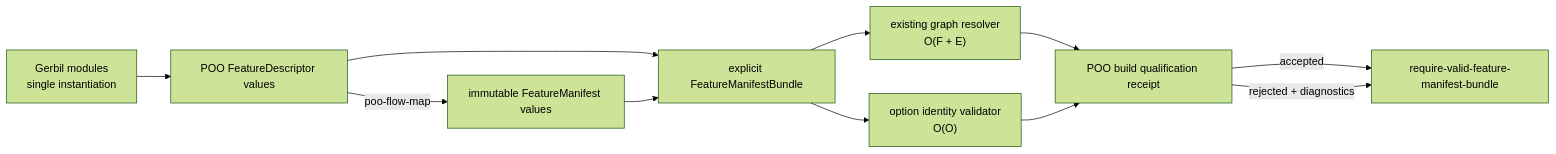
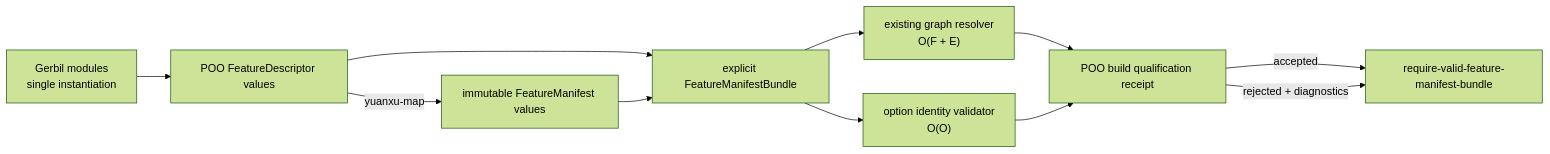
The first of 4 diagrams in module-system/design/137-immutable-feature-manifest-bundles.org (tao3k/gebril-yuanxu), drawn with Mermaid (forest theme) before and after one commit. The commit also changed other lines of this file and 994 other files, not shown here.

```diff
--- a/module-system/design/137-immutable-feature-manifest-bundles.org
+++ b/module-system/design/137-immutable-feature-manifest-bundles.org
@@ -84,22 +84,22 @@
 #+begin_src mermaid
 flowchart LR
     GM["Gerbil modules<br/>single instantiation"]
     FD["POO FeatureDescriptor values"]
     FM["immutable FeatureManifest values"]
     FB["explicit FeatureManifestBundle"]
     GR["existing graph resolver<br/>O(F + E)"]
     OV["option identity validator<br/>O(O)"]
     BR["POO build qualification receipt"]
     BG["require-valid-feature-manifest-bundle"]
 
     GM --> FD
-    FD -->|"poo-flow-map"| FM
+    FD -->|"yuanxu-map"| FM
     FD --> FB
     FM --> FB
     FB --> GR
     FB --> OV
     GR --> BR
     OV --> BR
     BR -->|"accepted"| BG
     BR -->|"rejected + diagnostics"| BG
 #+end_src
```
